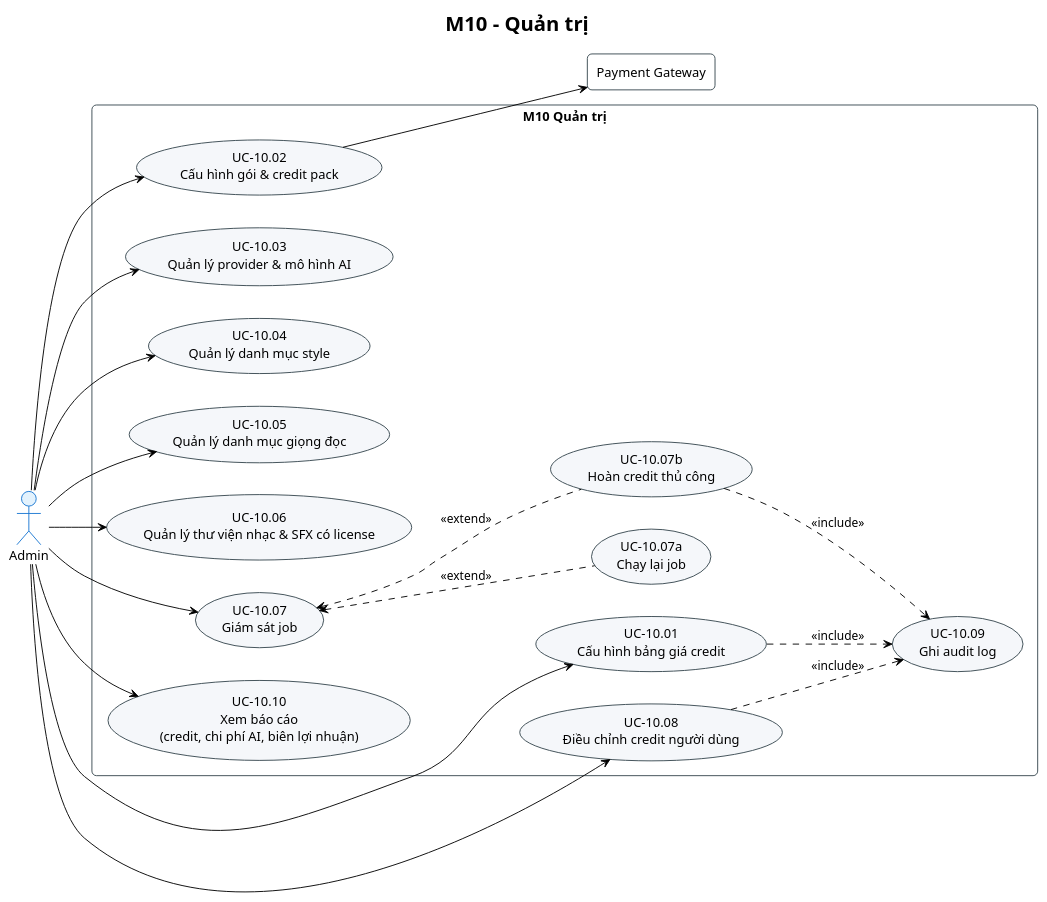
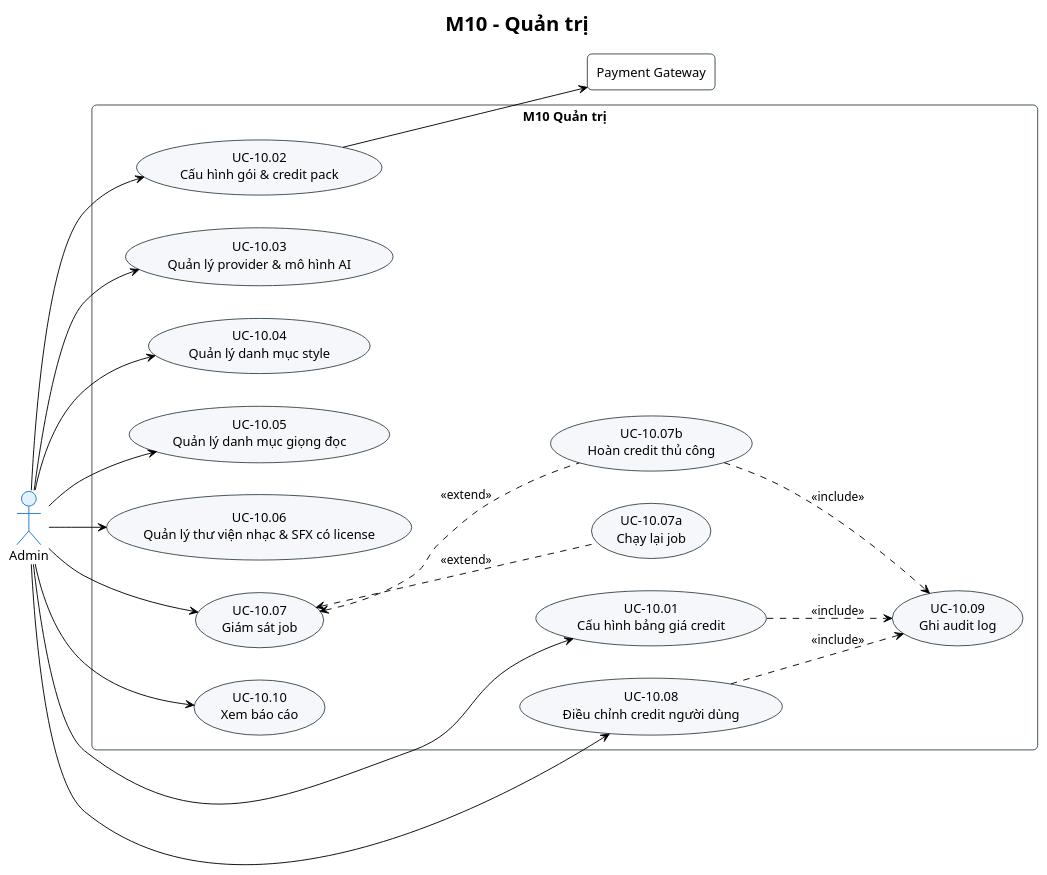
One commit to 202416852-anhpv/story2video-docs changed the diagram in demo-c2story/so-do/01-use-case/phan-ra/uc-m10-quan-tri.puml. Above: the diagram before and after it, drawn with PlantUML. The commit also changed 25 other files, not shown here.

```diff
--- a/demo-c2story/so-do/01-use-case/phan-ra/uc-m10-quan-tri.puml
+++ b/demo-c2story/so-do/01-use-case/phan-ra/uc-m10-quan-tri.puml
@@ -1,52 +1,52 @@
 @startuml UC_M10_QuanTri
 !theme plain
 skinparam defaultFontName "Segoe UI"
 skinparam roundCorner 10
 skinparam actor {
     BackgroundColor #E3F2FD
     BorderColor #1976D2
 }
 skinparam usecase {
     BackgroundColor #F5F7FA
     BorderColor #37474F
 }
 skinparam rectangle {
     BorderColor #37474F
 }
 left to right direction
 title M10 - Quản trị
 
 actor "Admin" as Admin
 
 rectangle "M10 Quản trị" {
     usecase "UC-10.01\nCấu hình bảng giá credit" as UC1
     usecase "UC-10.02\nCấu hình gói & credit pack" as UC2
     usecase "UC-10.03\nQuản lý provider & mô hình AI" as UC3
     usecase "UC-10.04\nQuản lý danh mục style" as UC4
     usecase "UC-10.05\nQuản lý danh mục giọng đọc" as UC5
     usecase "UC-10.06\nQuản lý thư viện nhạc & SFX có license" as UC6
     usecase "UC-10.07\nGiám sát job" as UC7
     usecase "UC-10.07a\nChạy lại job" as UC7a
     usecase "UC-10.07b\nHoàn credit thủ công" as UC7b
     usecase "UC-10.08\nĐiều chỉnh credit người dùng" as UC8
     usecase "UC-10.09\nGhi audit log" as UC9
-    usecase "UC-10.10\nXem báo cáo\n(credit, chi phí AI, biên lợi nhuận)" as UC10
+    usecase "UC-10.10\nXem báo cáo" as UC10
 }
 rectangle "Payment Gateway" as PAY
 
 Admin --> UC1
 Admin --> UC2
 Admin --> UC3
 Admin --> UC4
 Admin --> UC5
 Admin --> UC6
 Admin --> UC7
 Admin --> UC8
 Admin --> UC10
 UC7 <.. UC7a : <<extend>>
 UC7 <.. UC7b : <<extend>>
 UC1 ..> UC9 : <<include>>
 UC8 ..> UC9 : <<include>>
 UC7b ..> UC9 : <<include>>
 UC2 --> PAY
 @enduml
```
